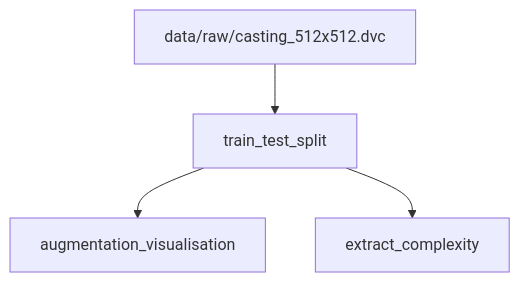
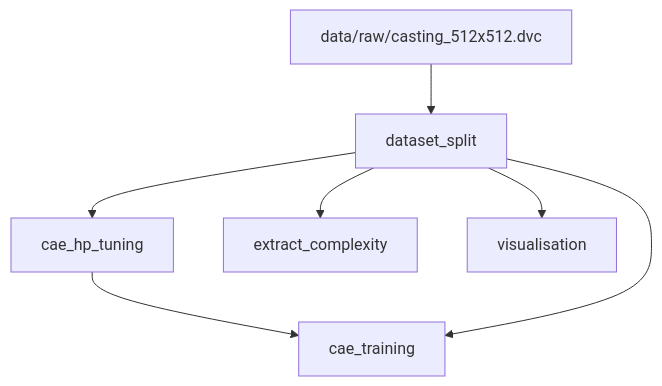
The diagram in visualisation/dag.md (alexsandercaac/img-complexity-cae), drawn with Mermaid before and after one commit. The commit also changed 5 other files, not shown here.

````diff
--- a/visualisation/dag.md
+++ b/visualisation/dag.md
@@ -1,10 +1,15 @@
 ```mermaid
 flowchart TD
-	node1["augmentation_visualisation"]
-	node2["data/raw/casting_512x512.dvc"]
-	node3["extract_complexity"]
-	node4["train_test_split"]
-	node2-->node4
+	node1["cae_hp_tuning"]
+	node2["cae_training"]
+	node3["data/raw/casting_512x512.dvc"]
+	node4["dataset_split"]
+	node5["extract_complexity"]
+	node6["visualisation"]
+	node1-->node2
+	node3-->node4
 	node4-->node1
-	node4-->node3
+	node4-->node2
+	node4-->node5
+	node4-->node6
 ```
````
